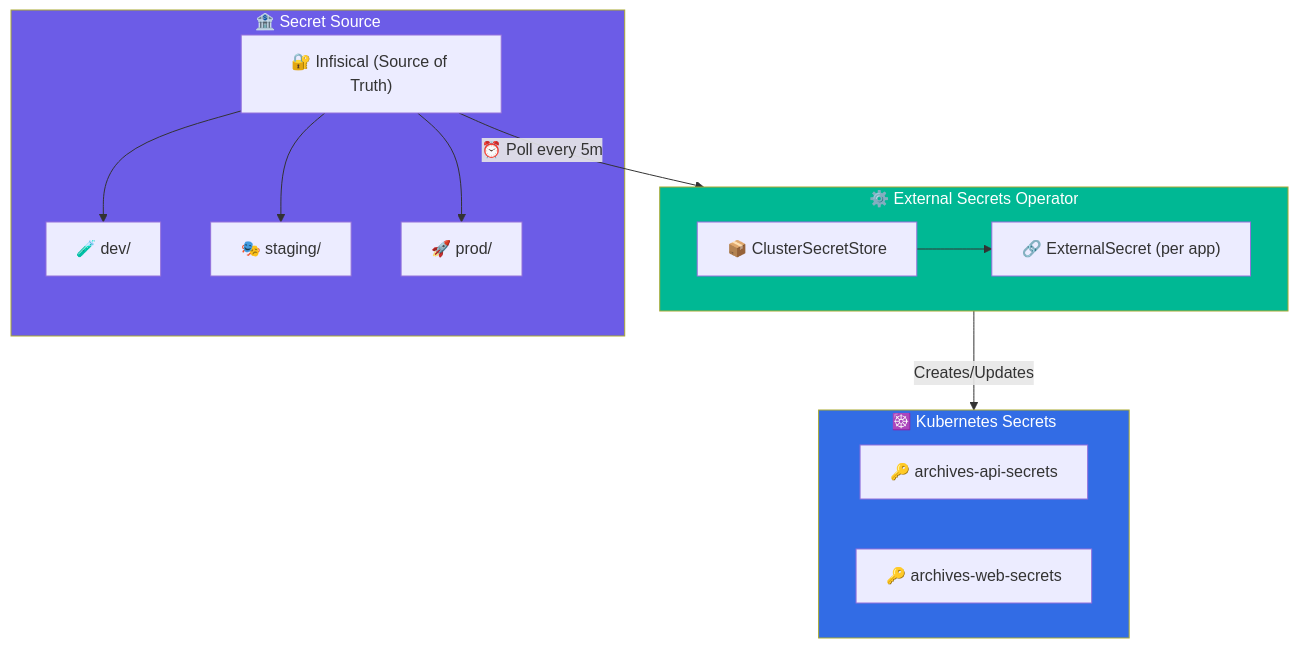
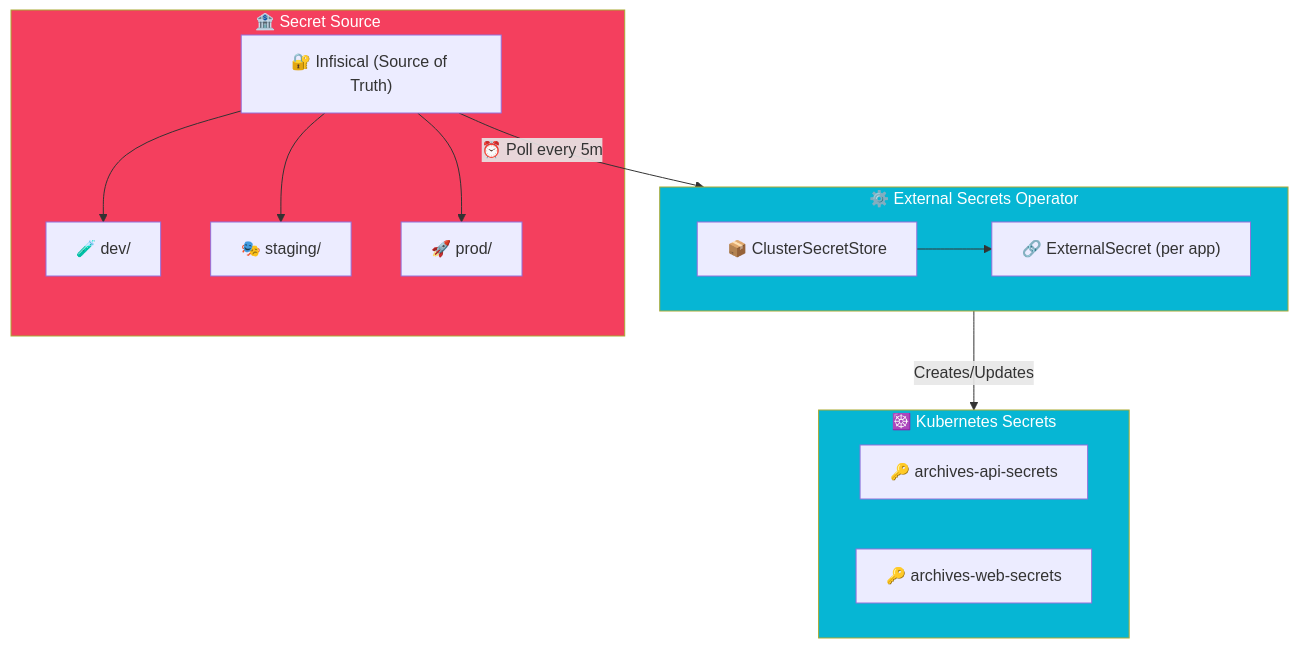
The diagram in src/content/blog/external-secrets-infisical-kubernetes.mdx (viktorrobin/bluerobin-blog), drawn with Mermaid before and after one commit. The commit also changed other lines of this file and 127 other files, not shown here.

````diff
--- a/src/content/blog/external-secrets-infisical-kubernetes.mdx
+++ b/src/content/blog/external-secrets-infisical-kubernetes.mdx
@@ -22,26 +24,31 @@
 ```mermaid
 flowchart TB
     subgraph Source["🏦 Secret Source"]
         Infisical["🔐 Infisical (Source of Truth)"]
         Infisical --> Dev["🧪 dev/"]
         Infisical --> Staging["🎭 staging/"]
         Infisical --> Prod["🚀 prod/"]
     end
     
     Infisical -->|"⏰ Poll every 5m"| ESO
     
     subgraph ESO["⚙️ External Secrets Operator"]
         Store["📦 ClusterSecretStore"] --> ExtSec["🔗 ExternalSecret (per app)"]
     end
     
     ESO -->|"Creates/Updates"| K8s
     
     subgraph K8s["☸️ Kubernetes Secrets"]
         ApiSec["🔑 archives-api-secrets"]
         WebSec["🔑 archives-web-secrets"]
     end
 
-    style Source fill:#6c5ce7,color:#fff
-    style ESO fill:#00b894,color:#fff
-    style K8s fill:#326ce5,color:#fff
+    classDef primary fill:#7c3aed,color:#fff
+    classDef secondary fill:#06b6d4,color:#fff
+    classDef db fill:#f43f5e,color:#fff
+    classDef warning fill:#fbbf24,color:#000
+
+    class Source db
+    class ESO secondary
+    class K8s secondary
 ```
````
